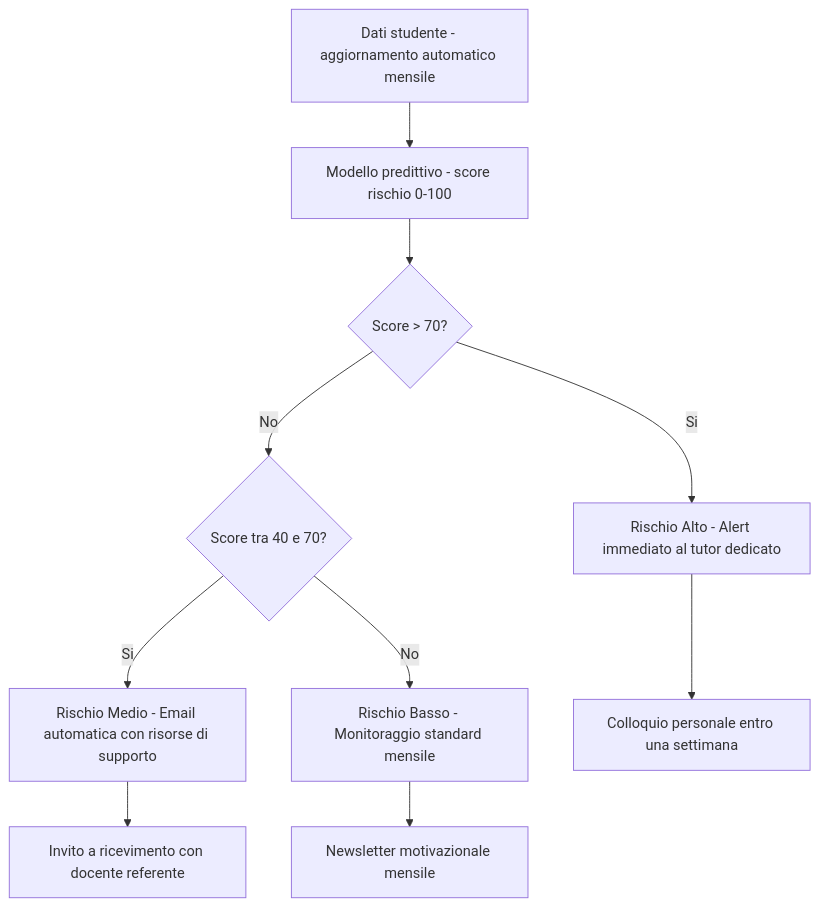
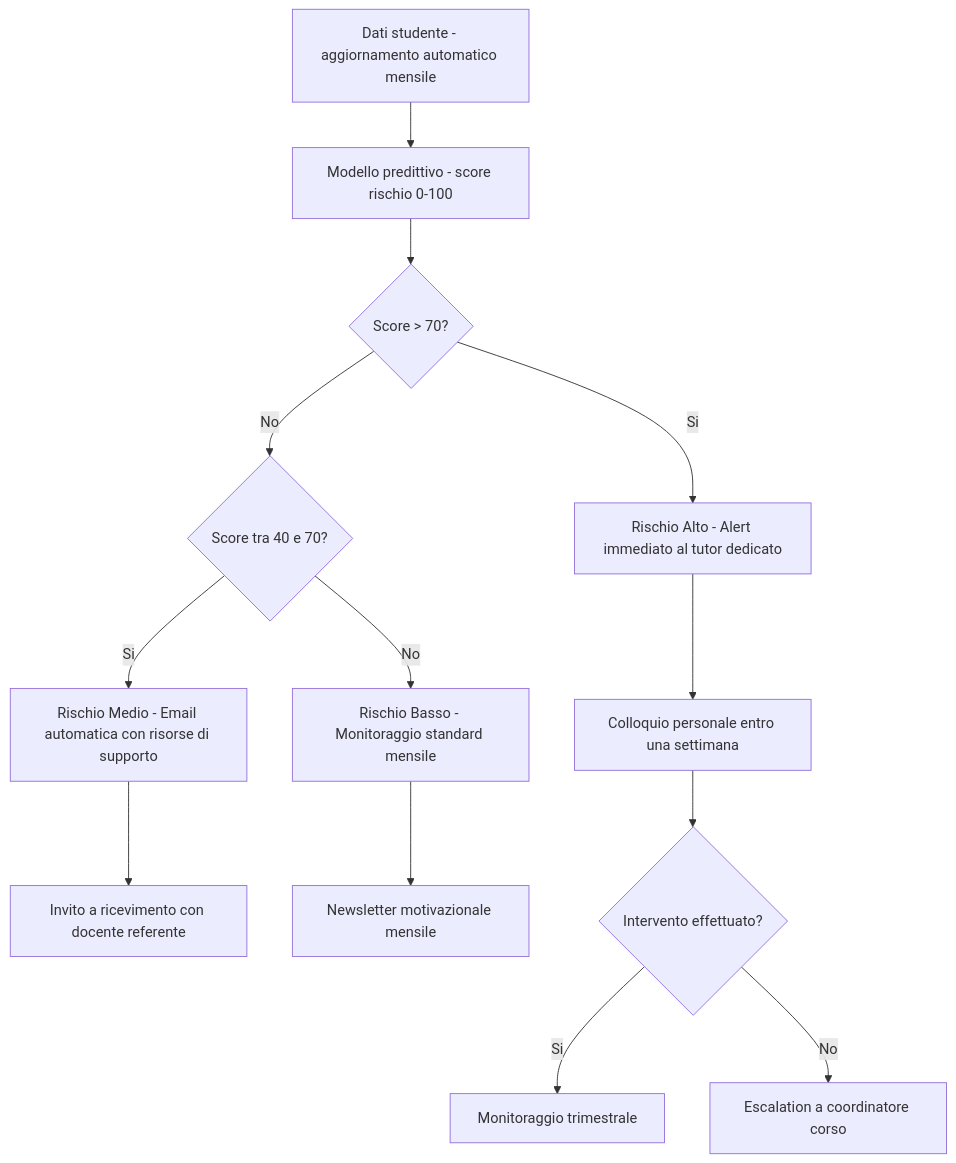
Before and after one commit to AndreyBertasini/gynnitech: the diagram in src/content/blog/abbandono-universitario.mdx, drawn with Mermaid. The commit also changed other lines of this file and 27 other files, not shown here.

````diff
--- a/src/content/blog/abbandono-universitario.mdx
+++ b/src/content/blog/abbandono-universitario.mdx
@@ -199,13 +363,17 @@
 ```mermaid
 graph TD
     A["Dati studente - aggiornamento automatico mensile"] --> B["Modello predittivo - score rischio 0-100"]
     B --> C{"Score > 70?"}
     C -- Si --> D["Rischio Alto - Alert immediato al tutor dedicato"]
     C -- No --> E{"Score tra 40 e 70?"}
     E -- Si --> F["Rischio Medio - Email automatica con risorse di supporto"]
     E -- No --> G["Rischio Basso - Monitoraggio standard mensile"]
 
     D --> H["Colloquio personale entro una settimana"]
     F --> I["Invito a ricevimento con docente referente"]
     G --> J["Newsletter motivazionale mensile"]
+
+    H --> K{"Intervento effettuato?"}
+    K -- Si --> L["Monitoraggio trimestrale"]
+    K -- No --> M["Escalation a coordinatore corso"]
 ```
````
